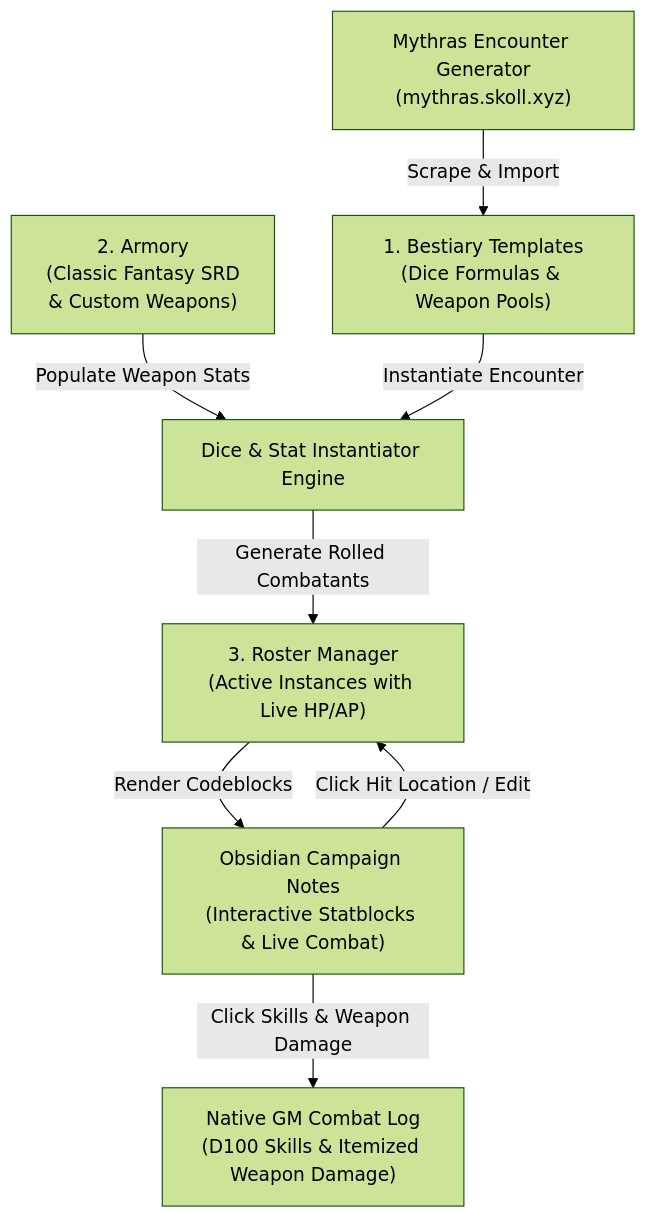
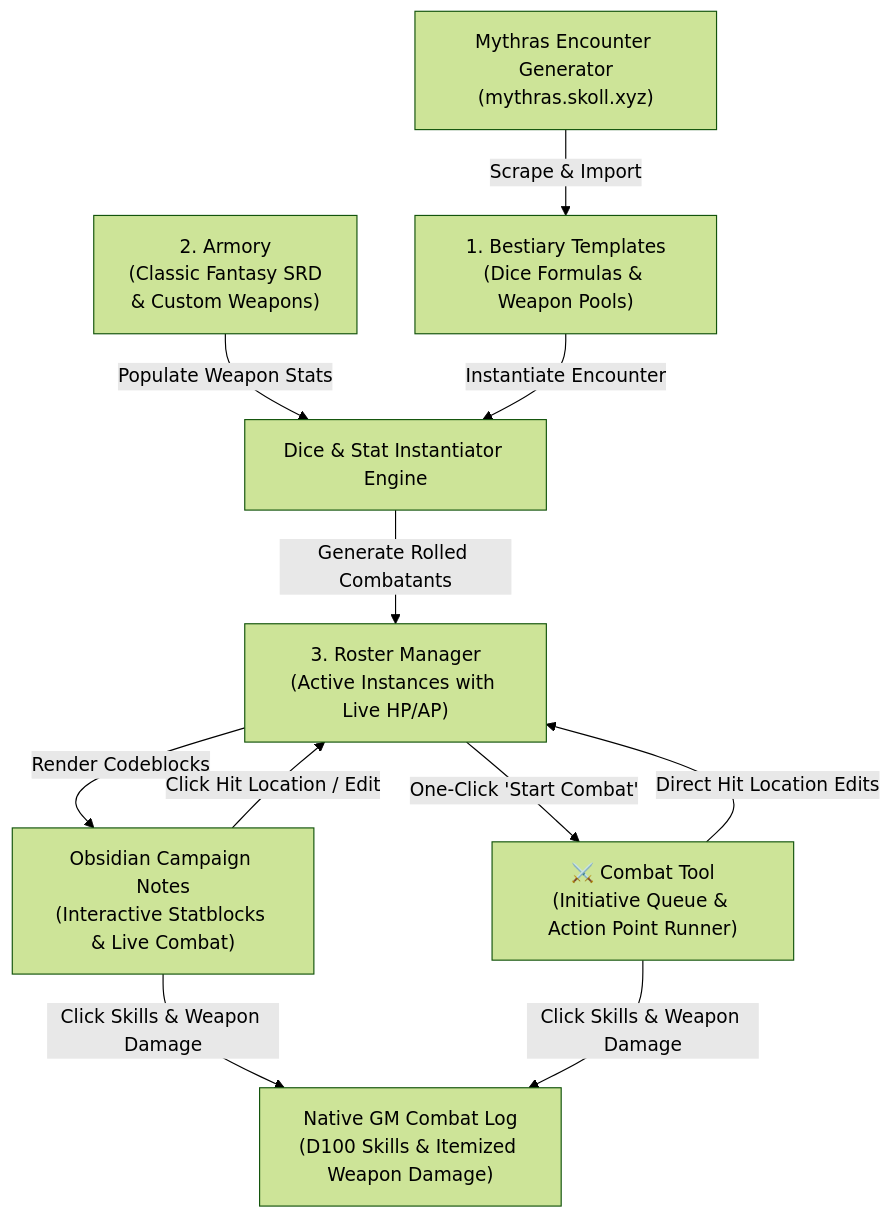
One commit to Dakkon77Blackblade/mythras-encounter-plugin changed the diagram in README.md. Above: the diagram before and after it, drawn with Mermaid (forest theme). The commit also changed other lines of this file and 1 other file, not shown here.

Commit message:
Docs: Add Mythras Combat Tool documentation to README and CHANGELOG

````diff
--- a/README.md
+++ b/README.md
@@ -43,10 +45,13 @@
 ```mermaid
 flowchart TD
     Web["Mythras Encounter Generator\n(mythras.skoll.xyz)"] -->|Scrape & Import| Bestiary["1. Bestiary Templates\n(Dice Formulas & Weapon Pools)"]
     Armory["2. Armory\n(Classic Fantasy SRD\n& Custom Weapons)"] -->|Populate Weapon Stats| Instantiator["Dice & Stat Instantiator Engine"]
     Bestiary -->|Instantiate Encounter| Instantiator
     Instantiator -->|Generate Rolled Combatants| Roster["3. Roster Manager\n(Active Instances with Live HP/AP)"]
     Roster -->|Render Codeblocks| Notes["Obsidian Campaign Notes\n(Interactive Statblocks & Live Combat)"]
+    Roster -->|One-Click 'Start Combat'| CombatTracker["⚔️ Combat Tool\n(Initiative Queue & Action Point Runner)"]
     Notes -->|Click Hit Location / Edit| Roster
     Notes -->|Click Skills & Weapon Damage| CombatLog["Native GM Combat Log\n(D100 Skills & Itemized Weapon Damage)"]
+    CombatTracker -->|Click Skills & Weapon Damage| CombatLog
+    CombatTracker -->|Direct Hit Location Edits| Roster
 ```
````
